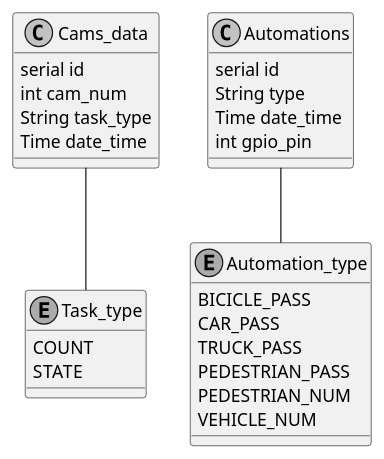
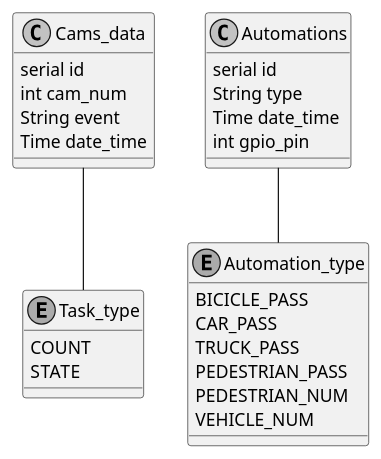
One commit to danielbarros24/Traffic-Control-Full-Stack-System changed the diagram in docs/classes_db.puml. Above: the diagram before and after it, drawn with PlantUML. The commit also changed 1 other file, not shown here.

```diff
--- a/docs/classes_db.puml
+++ b/docs/classes_db.puml
@@ -1,38 +1,38 @@
 @startuml
 skinparam linetype ortho
 skinparam Monochrome true
 
 
 class Cams_data {
     serial id
     int cam_num
-    String task_type
+    String event
     Time date_time
 
 }
 
 class Automations {
     serial id
     String type
     Time date_time
     int gpio_pin
 }
 
 enum Task_type {
     COUNT 
     STATE
 }
 
 enum Automation_type {
     BICICLE_PASS
     CAR_PASS
     TRUCK_PASS
     PEDESTRIAN_PASS
     PEDESTRIAN_NUM
     VEHICLE_NUM
 }
 
 Automations -- Automation_type
 Cams_data -- Task_type
 
 @enduml
```
